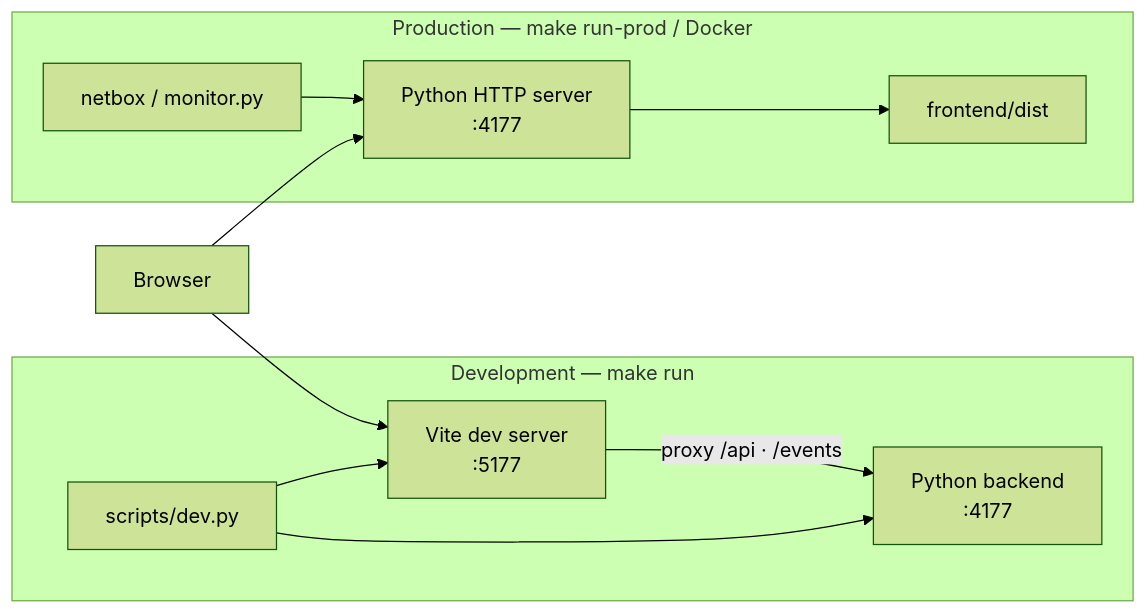
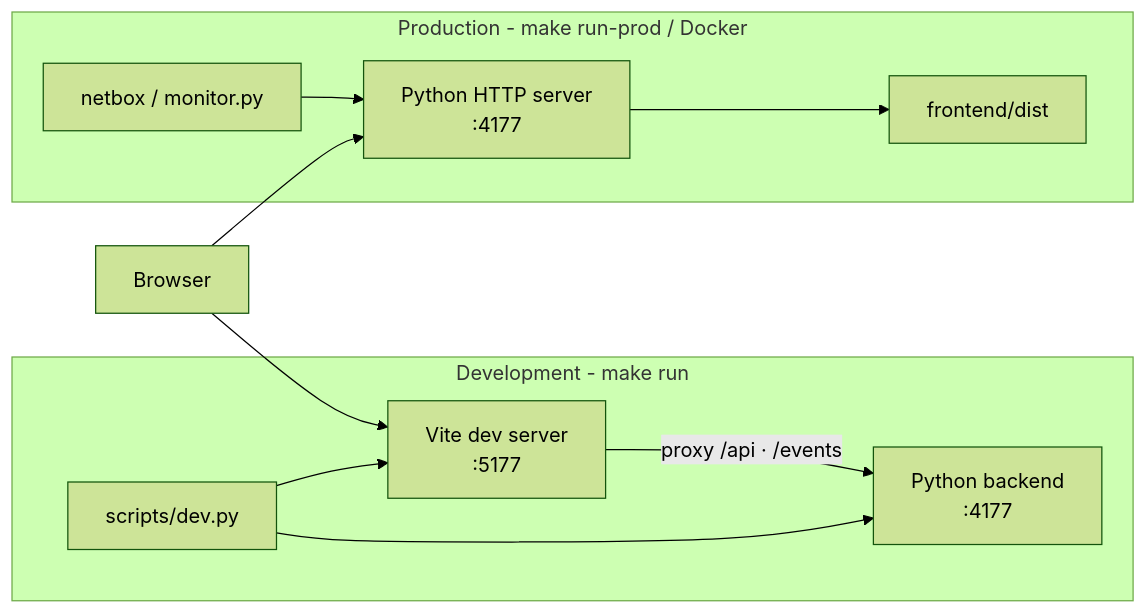
One commit to dabirideji/netbox changed the third of 3 diagrams in docs/ARCHITECTURE.md. Above: the diagram before and after it, drawn with Mermaid (forest theme). The commit also changed other lines of this file and 8 other files, not shown here.

````diff
--- a/docs/ARCHITECTURE.md
+++ b/docs/ARCHITECTURE.md
@@ -141,22 +141,22 @@
 ```mermaid
 flowchart LR
-  subgraph Dev["Development — make run"]
+  subgraph Dev["Development - make run"]
     DevRunner["scripts/dev.py"]
     Vite["Vite dev server<br/>:5177"]
     BackendDev["Python backend<br/>:4177"]
     DevRunner --> Vite
     DevRunner --> BackendDev
     Vite -->|"proxy /api · /events"| BackendDev
   end
 
-  subgraph Prod["Production — make run-prod / Docker"]
+  subgraph Prod["Production - make run-prod / Docker"]
     NetboxCLI["netbox / monitor.py"]
     ProdServer["Python HTTP server<br/>:4177"]
     Dist["frontend/dist"]
     NetboxCLI --> ProdServer
     ProdServer --> Dist
   end
 
   Browser["Browser"] --> Vite
   Browser --> ProdServer
 ```
````
